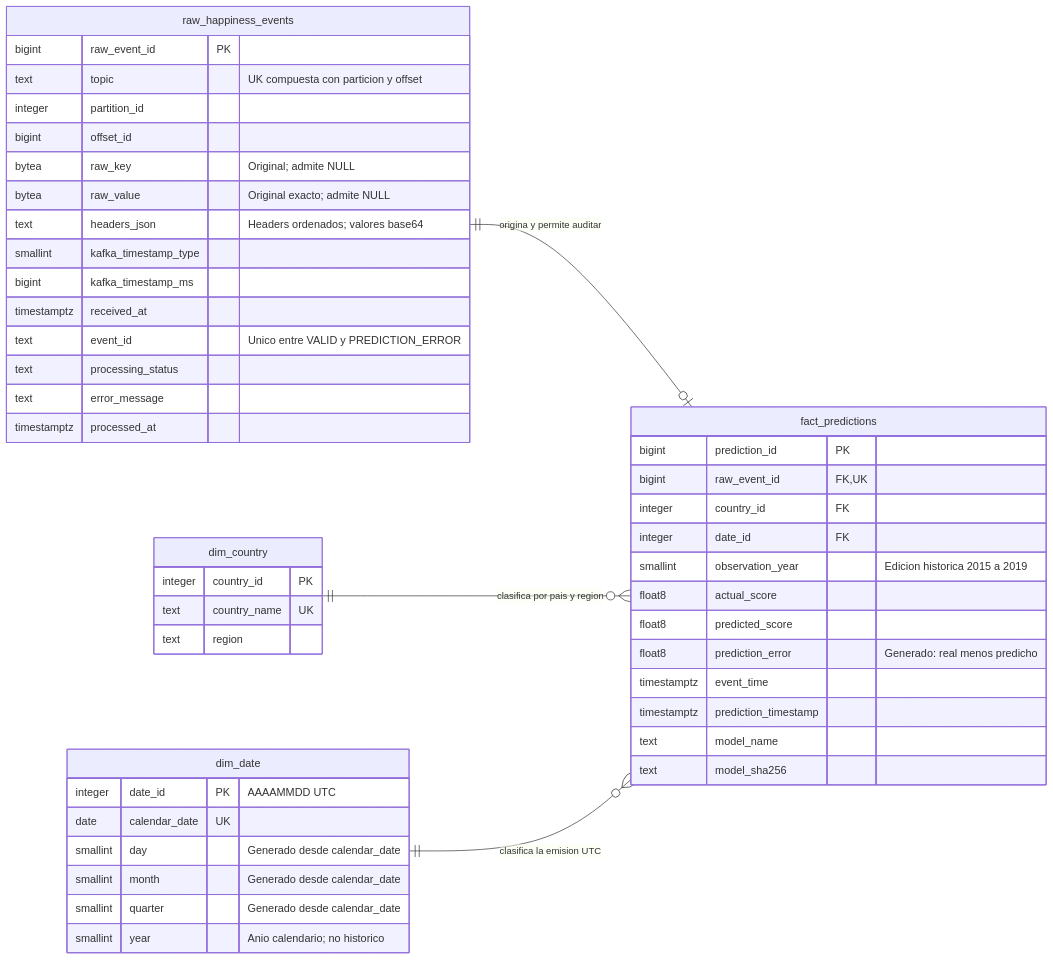
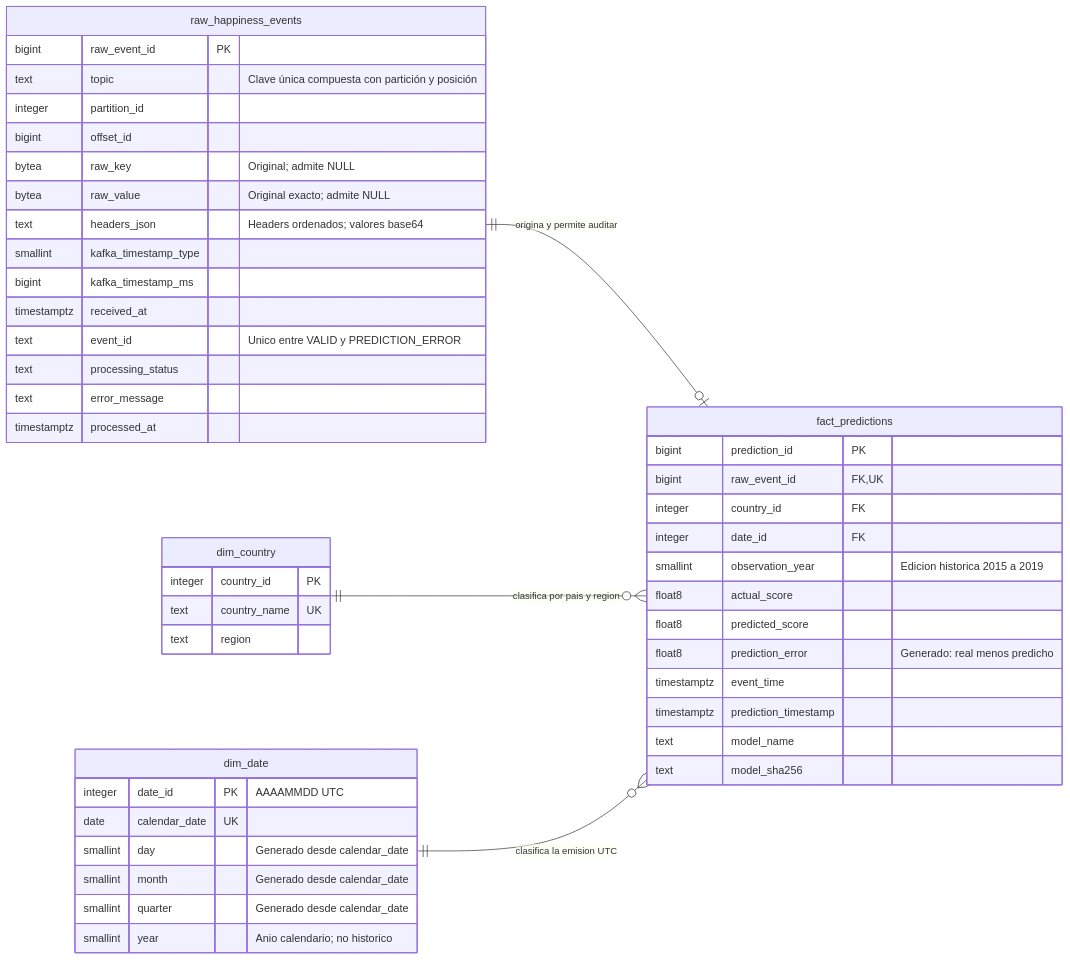
Before and after one commit to valedeveloper/happiness-predictive: the second of 2 diagrams in README.md, drawn with Mermaid. The commit also changed other lines of this file and 7 other files, not shown here.

````diff
--- a/README.md
+++ b/README.md
@@ -440,51 +392,51 @@
 ```mermaid
 erDiagram
     direction LR
     raw_happiness_events ||--o| fact_predictions : "origina y permite auditar"
     dim_country ||--o{ fact_predictions : "clasifica por pais y region"
     dim_date ||--o{ fact_predictions : "clasifica la emision UTC"
 
     raw_happiness_events {
         bigint raw_event_id PK
-        text topic "UK compuesta con particion y offset"
+        text topic "Clave única compuesta con partición y posición"
         integer partition_id
         bigint offset_id
         bytea raw_key "Original; admite NULL"
         bytea raw_value "Original exacto; admite NULL"
         text headers_json "Headers ordenados; valores base64"
         smallint kafka_timestamp_type
         bigint kafka_timestamp_ms
         timestamptz received_at
         text event_id "Unico entre VALID y PREDICTION_ERROR"
         text processing_status
         text error_message
         timestamptz processed_at
     }
     dim_country {
         integer country_id PK
         text country_name UK
         text region
     }
     dim_date {
         integer date_id PK "AAAAMMDD UTC"
         date calendar_date UK
         smallint day "Generado desde calendar_date"
         smallint month "Generado desde calendar_date"
         smallint quarter "Generado desde calendar_date"
         smallint year "Anio calendario; no historico"
     }
     fact_predictions {
         bigint prediction_id PK
         bigint raw_event_id FK, UK
         integer country_id FK
         integer date_id FK
         smallint observation_year "Edicion historica 2015 a 2019"
         float8 actual_score
         float8 predicted_score
         float8 prediction_error "Generado: real menos predicho"
         timestamptz event_time
         timestamptz prediction_timestamp
         text model_name
         text model_sha256
     }
 ```
````
